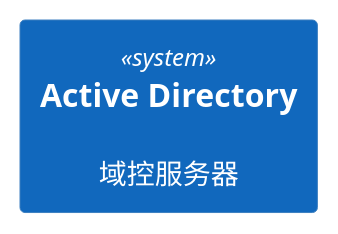
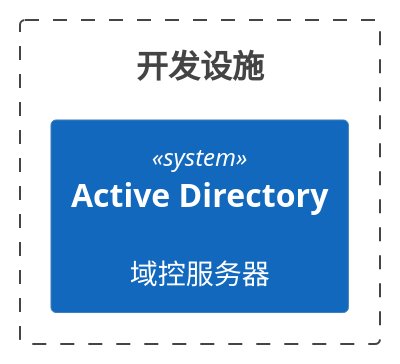
The first of 3 diagrams in 研发标准化/研发团队常用基础设施/readme.md (gardenerframework/impatiens), drawn with PlantUML before and after one commit. The commit also changed other lines of this file, not shown here.

````diff
--- a/研发标准化/研发团队常用基础设施/readme.md
+++ b/研发标准化/研发团队常用基础设施/readme.md
@@ -7,8 +7,10 @@
 ```plantuml
 @startuml
 !include  https://plantuml.s3.cn-north-1.jdcloud-oss.com/C4_Container.puml
 
-System(AD, Active Directory, 域控服务器)
+Boundary(开发设施, 开发设施) {
+    System(AD, Active Directory, 域控服务器)
+}
 
 @enduml
 ```
````
